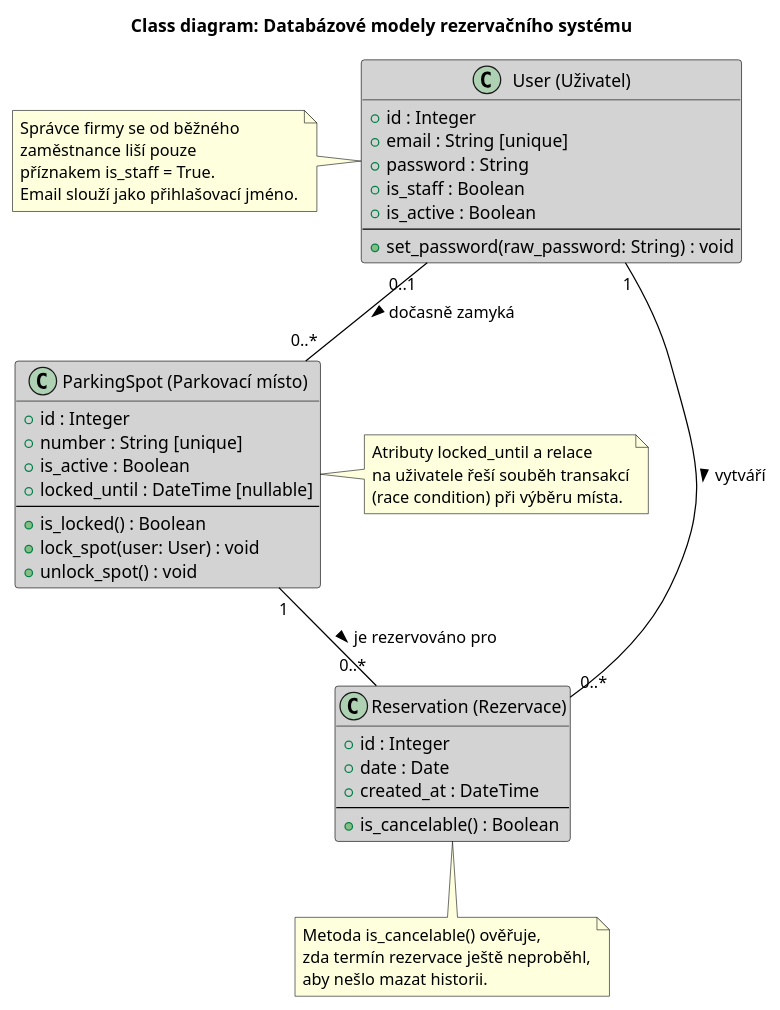
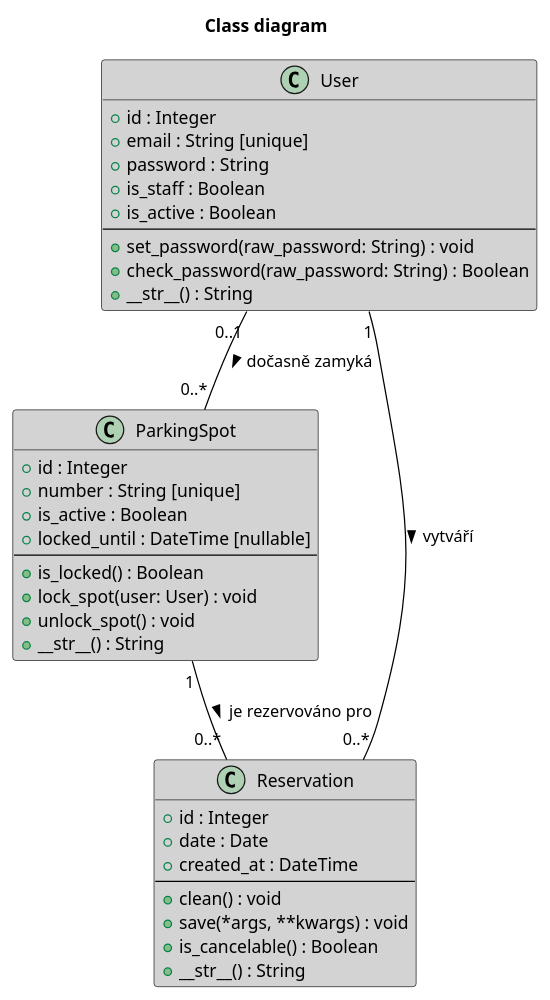
One commit to AidenCze/SWI-Project changed the diagram in docs/diagramy/class.puml. Above: the diagram before and after it, drawn with PlantUML.

Commit message:
Refactor class diagram and clean up comments
Removed comments and notes for clarity and updated class titles.

```diff
--- a/docs/diagramy/class.puml
+++ b/docs/diagramy/class.puml
@@ -1,67 +1,50 @@
 @startuml
-title Class diagram: Databázové modely rezervačního systému
+title Class diagram
 
 skinparam class {
     BackgroundColor LightGray
     ArrowColor Black
     BorderColor Black
 }
 
-' Skrytí prázdných částí pro větší přehlednost
-hide empty methods
-
-class "User (Uživatel)" as User {
+class "User" as User {
     + id : Integer
     + email : String [unique]
     + password : String
     + is_staff : Boolean
     + is_active : Boolean
     ---
     + set_password(raw_password: String) : void
+    + check_password(raw_password: String) : Boolean
+    + __str__() : String
 }
 
-class "ParkingSpot (Parkovací místo)" as Spot {
+class "ParkingSpot" as Spot {
     + id : Integer
     + number : String [unique]
     + is_active : Boolean
     + locked_until : DateTime [nullable]
     ---
     + is_locked() : Boolean
     + lock_spot(user: User) : void
     + unlock_spot() : void
+    + __str__() : String
 }
 
-class "Reservation (Rezervace)" as Res {
+class "Reservation" as Res {
     + id : Integer
     + date : Date
     + created_at : DateTime
     ---
+    + clean() : void
+    + save(*args, **kwargs) : void
     + is_cancelable() : Boolean
+    + __str__() : String
 }
 
 ' Relace (vztahy) mezi modely
 User "1" -- "0..*" Res : "vytváří >"
 Spot "1" -- "0..*" Res : "je rezervováno pro >"
 User "0..1" -- "0..*" Spot : "dočasně zamyká >"
 
-' Vysvětlující poznámky pro vyučujícího
-note left of User
-  Správce firmy se od běžného
-  zaměstnance liší pouze
-  příznakem is_staff = True.
-  Email slouží jako přihlašovací jméno.
-end note
-
-note right of Spot
-  Atributy locked_until a relace
-  na uživatele řeší souběh transakcí
-  (race condition) při výběru místa.
-end note
-
-note bottom of Res
-  Metoda is_cancelable() ověřuje,
-  zda termín rezervace ještě neproběhl,
-  aby nešlo mazat historii.
-end note
-
 @enduml
```
